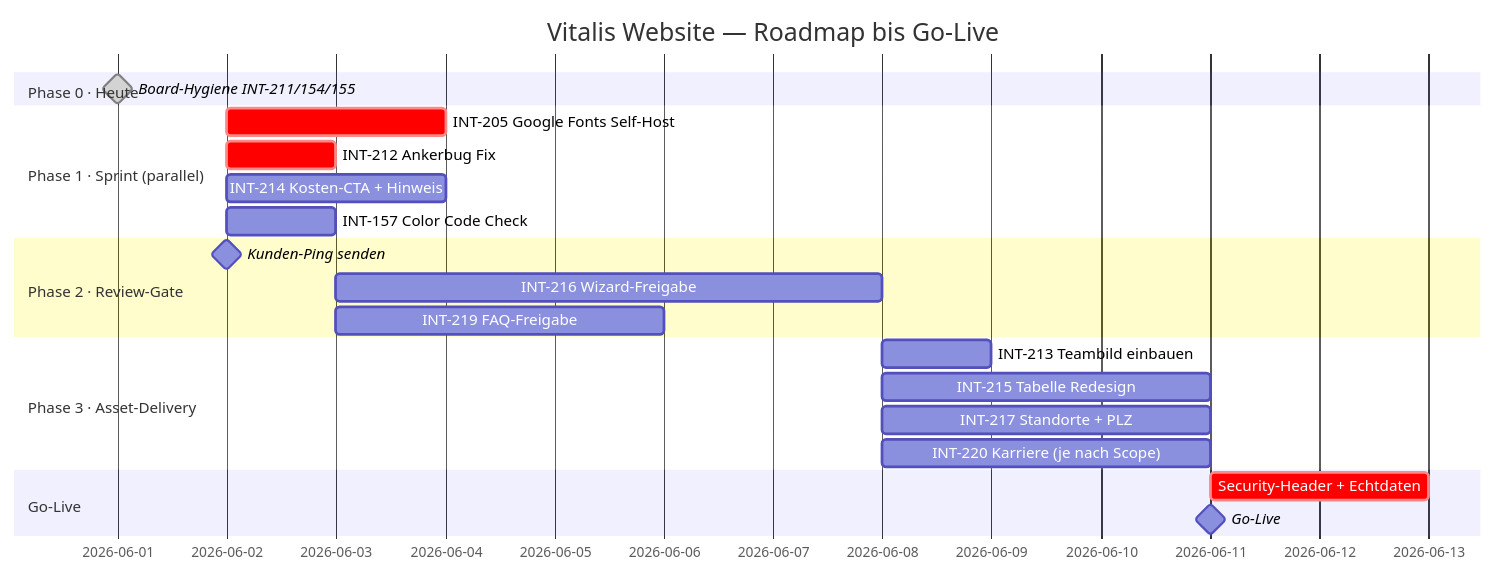
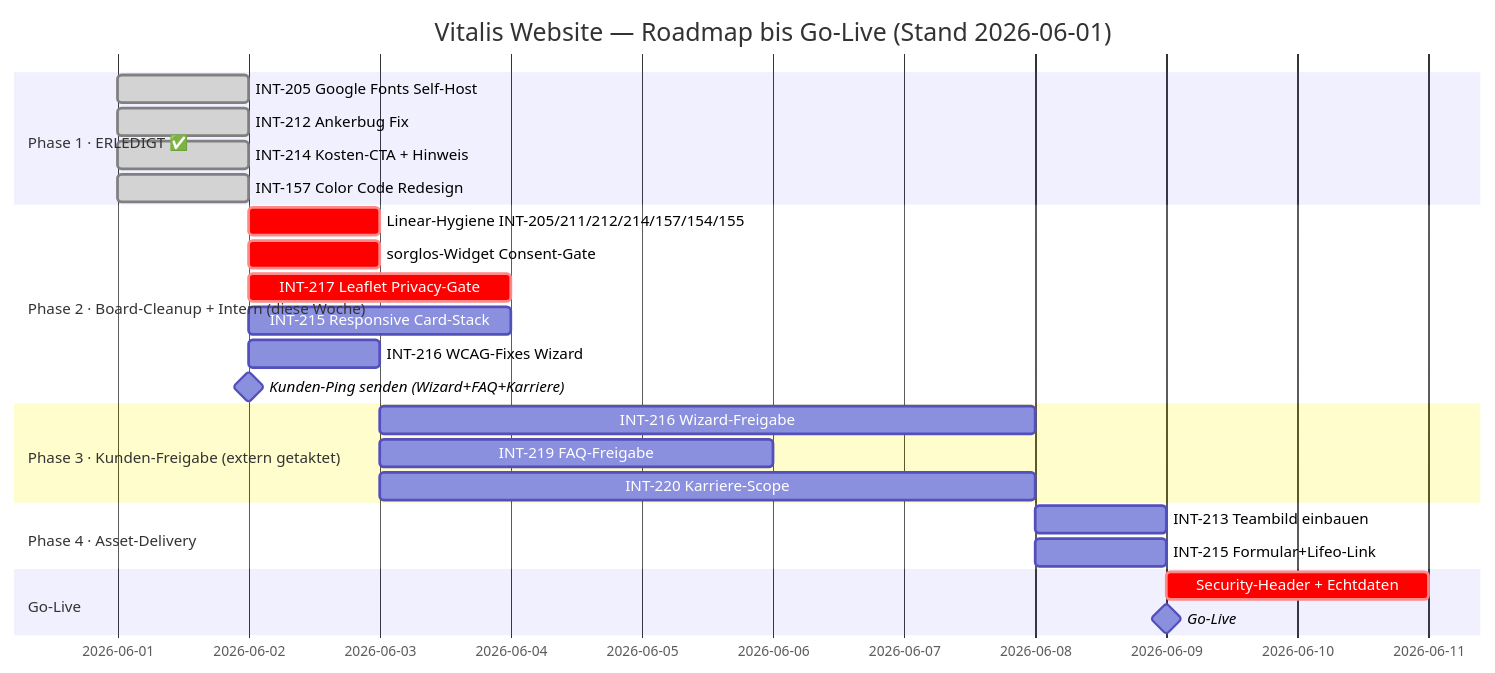
Before and after one commit to SteffenNeumann/Vitalis_Seniorendienst: the second of 2 diagrams in Master-Plan-Report.md, drawn with Mermaid. The commit also changed other lines of this file, not shown here.

````diff
--- a/Master-Plan-Report.md
+++ b/Master-Plan-Report.md
@@ -91,28 +93,32 @@
 ```mermaid
 gantt
-    title Vitalis Website — Roadmap bis Go-Live
+    title Vitalis Website — Roadmap bis Go-Live (Stand 2026-06-01)
     dateFormat  YYYY-MM-DD
-    section Phase 0 · Heute
-    Board-Hygiene INT-211/154/155    :done, milestone, 2026-06-01, 0d
 
-    section Phase 1 · Sprint (parallel)
-    INT-205  Google Fonts Self-Host  :crit, p1a, 2026-06-02, 2d
-    INT-212  Ankerbug Fix            :crit, p1b, 2026-06-02, 1d
-    INT-214  Kosten-CTA + Hinweis    :p1c, 2026-06-02, 2d
-    INT-157  Color Code Check        :p1d, 2026-06-02, 1d
+    section Phase 1 · ERLEDIGT ✅
+    INT-205  Google Fonts Self-Host  :done, p1a, 2026-06-01, 1d
+    INT-212  Ankerbug Fix            :done, p1b, 2026-06-01, 1d
+    INT-214  Kosten-CTA + Hinweis    :done, p1c, 2026-06-01, 1d
+    INT-157  Color Code Redesign     :done, p1d, 2026-06-01, 1d
 
-    section Phase 2 · Review-Gate
-    Kunden-Ping senden               :milestone, 2026-06-02, 0d
-    INT-216  Wizard-Freigabe         :p2a, 2026-06-03, 5d
-    INT-219  FAQ-Freigabe            :p2b, 2026-06-03, 3d
+    section Phase 2 · Board-Cleanup + Intern (diese Woche)
+    Linear-Hygiene INT-205/211/212/214/157/154/155  :crit, p2a, 2026-06-02, 1d
+    sorglos-Widget Consent-Gate                     :crit, p2b, 2026-06-02, 1d
+    INT-217  Leaflet Privacy-Gate                   :crit, p2c, 2026-06-02, 2d
+    INT-215  Responsive Card-Stack                  :p2d, 2026-06-02, 2d
+    INT-216  WCAG-Fixes Wizard                      :p2e, 2026-06-02, 1d
+    Kunden-Ping senden (Wizard+FAQ+Karriere)        :milestone, p2f, 2026-06-02, 0d
 
-    section Phase 3 · Asset-Delivery
-    INT-213  Teambild einbauen       :p3a, after p2a, 1d
-    INT-215  Tabelle Redesign        :p3b, after p2a, 3d
-    INT-217  Standorte + PLZ         :p3c, after p2a, 3d
-    INT-220  Karriere (je nach Scope):p3d, after p2a, 3d
+    section Phase 3 · Kunden-Freigabe (extern getaktet)
+    INT-216  Wizard-Freigabe         :p3a, 2026-06-03, 5d
+    INT-219  FAQ-Freigabe            :p3b, 2026-06-03, 3d
+    INT-220  Karriere-Scope          :p3c, 2026-06-03, 5d
+
+    section Phase 4 · Asset-Delivery
+    INT-213  Teambild einbauen       :p4a, after p3a, 1d
+    INT-215  Formular+Lifeo-Link     :p4b, after p3a, 1d
 
     section Go-Live
-    Security-Header + Echtdaten      :crit, after p3b, 2d
-    Go-Live                          :milestone, after p3b, 0d
+    Security-Header + Echtdaten      :crit, after p4a, 2d
+    Go-Live                          :milestone, after p4a, 0d
 ```
````
